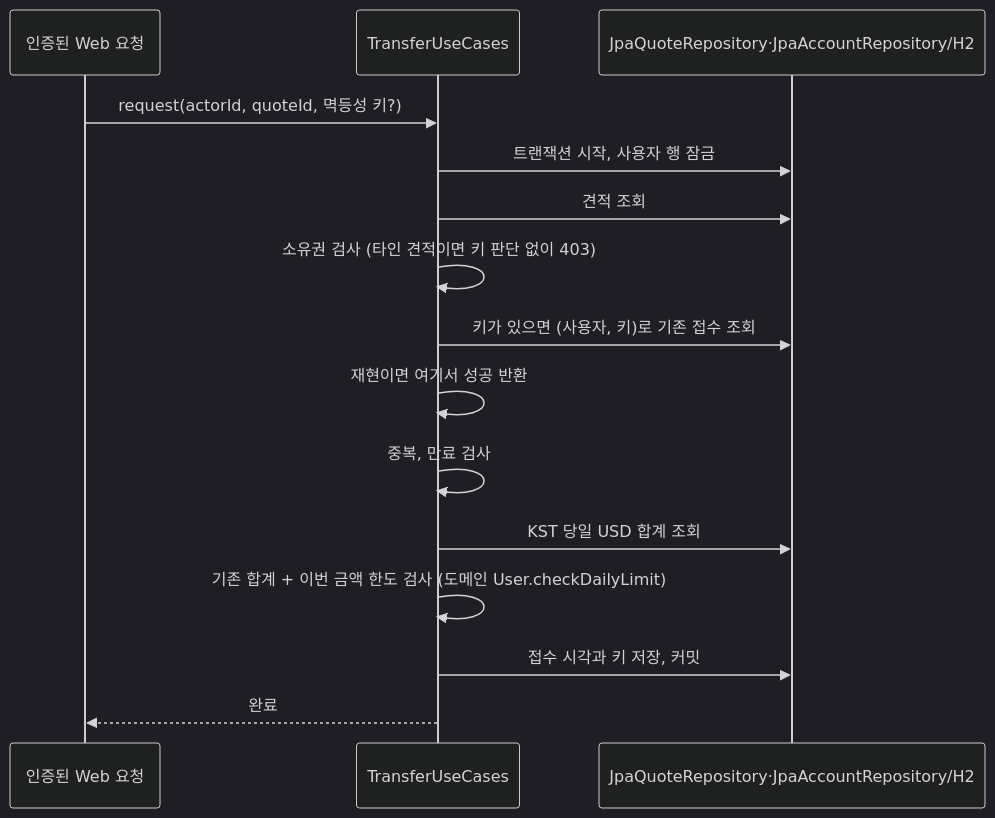
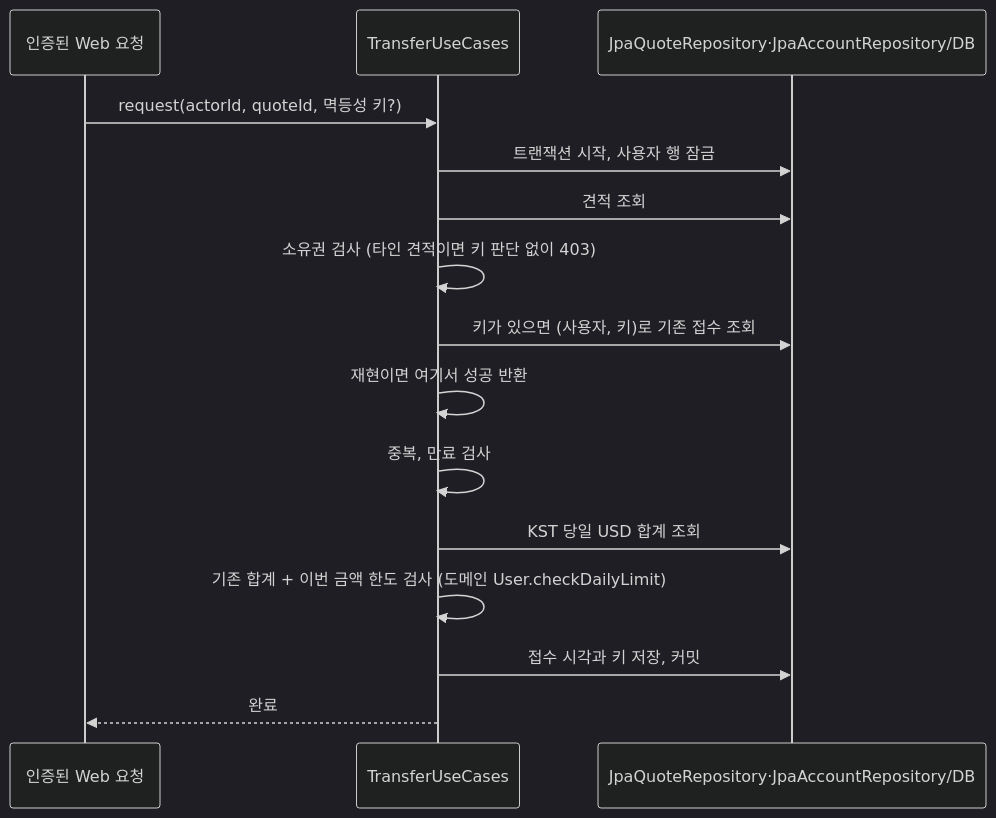
The second of 6 diagrams in docs/application/architecture.md (ssipflow/GlobalRemittance), drawn with Mermaid (dark theme) before and after one commit. The commit also changed other lines of this file and 16 other files, not shown here.

````diff
--- a/docs/application/architecture.md
+++ b/docs/application/architecture.md
@@ -56,17 +56,17 @@
 ```mermaid
 sequenceDiagram
     participant W as 인증된 Web 요청
     participant A as TransferUseCases
-    participant P as JpaQuoteRepository·JpaAccountRepository/H2
+    participant P as JpaQuoteRepository·JpaAccountRepository/DB
     W->>A: request(actorId, quoteId, 멱등성 키?)
     A->>P: 트랜잭션 시작, 사용자 행 잠금
     A->>P: 견적 조회
     A->>A: 소유권 검사 (타인 견적이면 키 판단 없이 403)
     A->>P: 키가 있으면 (사용자, 키)로 기존 접수 조회
     A->>A: 재현이면 여기서 성공 반환
     A->>A: 중복, 만료 검사
     A->>P: KST 당일 USD 합계 조회
     A->>A: 기존 합계 + 이번 금액 한도 검사 (도메인 User.checkDailyLimit)
     A->>P: 접수 시각과 키 저장, 커밋
     A-->>W: 완료
 ```
````
